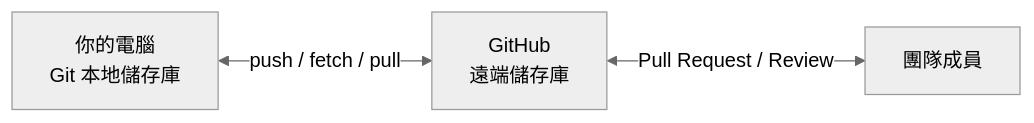
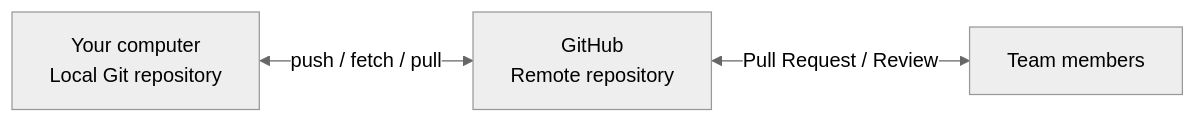
The diagram in docs/Git/Git Commands/02_GitHub_and_SSH.md (uuboyscy/uuboyscy-engineering-logs), drawn with Mermaid (neutral theme) before and after one commit. The commit also changed other lines of this file and 16 other files, not shown here.

````diff
--- a/docs/Git/Git Commands/02_GitHub_and_SSH.md
+++ b/docs/Git/Git Commands/02_GitHub_and_SSH.md
@@ -19,5 +19,5 @@
 ```mermaid
 flowchart LR
-    A["你的電腦<br/>Git 本地儲存庫"] <-->|"push / fetch / pull"| B["GitHub<br/>遠端儲存庫"]
-    B <-->|"Pull Request / Review"| C["團隊成員"]
+    A["Your computer<br/>Local Git repository"] <-->|"push / fetch / pull"| B["GitHub<br/>Remote repository"]
+    B <-->|"Pull Request / Review"| C["Team members"]
 ```
````
